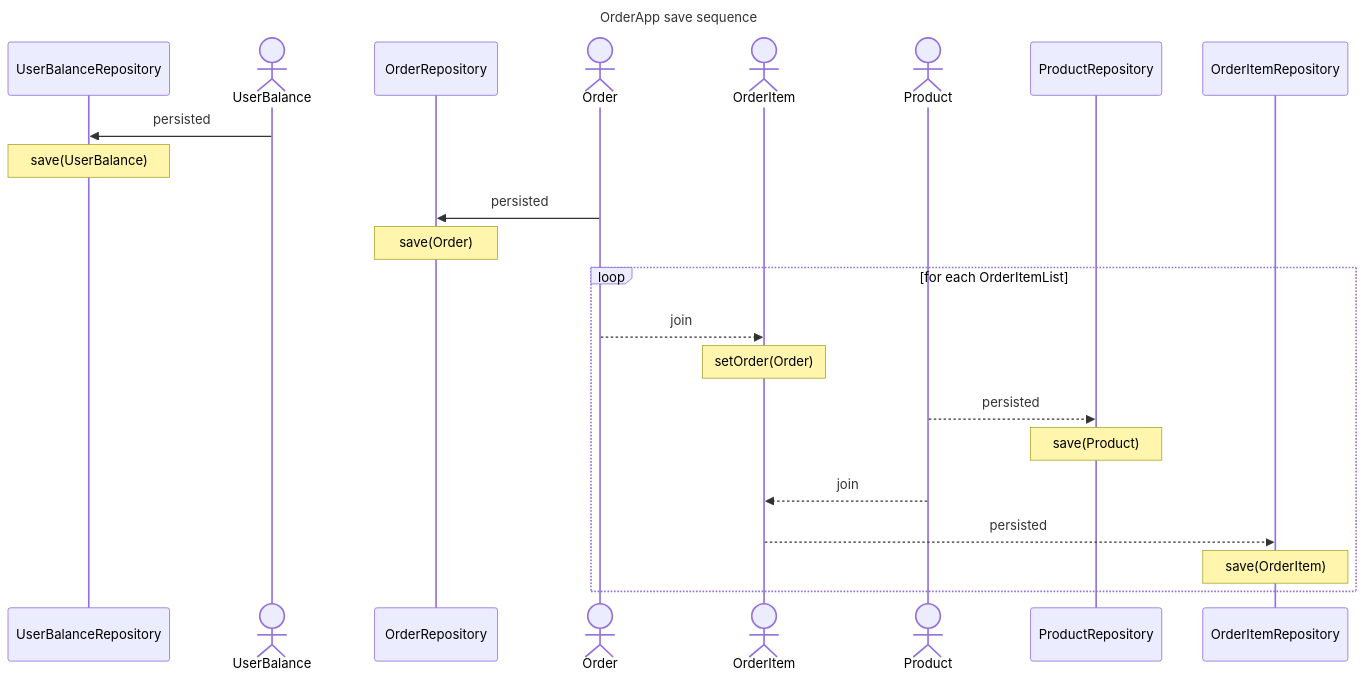
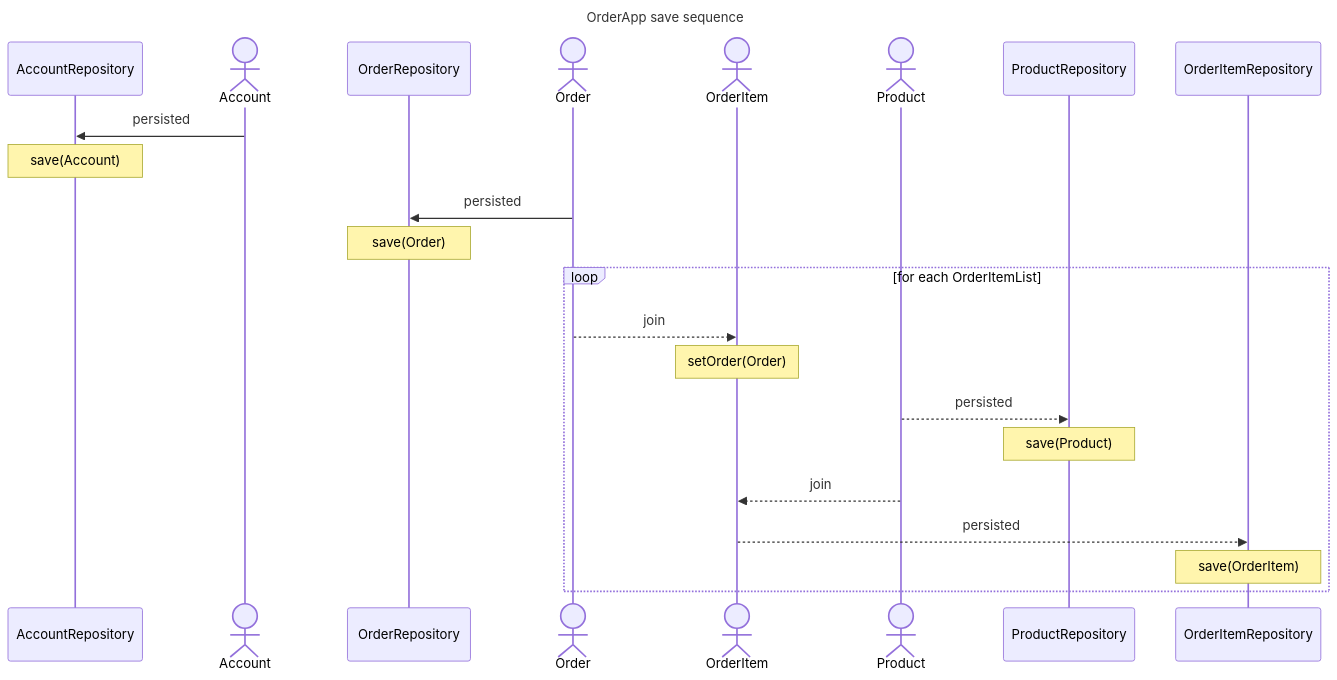
The fourth of 4 diagrams in docs/api/orders.md (newbieJanghan/hh_plus_server), drawn with Mermaid before and after one commit. The commit also changed other lines of this file and 23 other files, not shown here.

Commit message:
Chore: rename balance to account

````diff
--- a/docs/api/orders.md
+++ b/docs/api/orders.md
@@ -190,29 +190,29 @@
 ```mermaid
 ---
 title: OrderApp save sequence
 ---
 sequenceDiagram
-    participant UserBalanceRepository
-    actor UserBalance
-    UserBalance ->> UserBalanceRepository: persisted
-    note over UserBalanceRepository: save(UserBalance)
+    participant AccountRepository
+    actor Account
+    Account ->> AccountRepository: persisted
+    note over AccountRepository: save(Account)
     participant OrderRepository
     actor Order
     Order ->> OrderRepository: persisted
     note over OrderRepository: save(Order)
 
     loop for each OrderItemList
         actor OrderItem
         Order -->> OrderItem: join
         note over OrderItem: setOrder(Order)
     #
         actor Product
         Product -->> ProductRepository: persisted
         note over ProductRepository: save(Product)
         Product -->> OrderItem: join
     #
         OrderItem -->> OrderItemRepository: persisted
         note over OrderItemRepository: save(OrderItem)
     end
 
 ```
````
